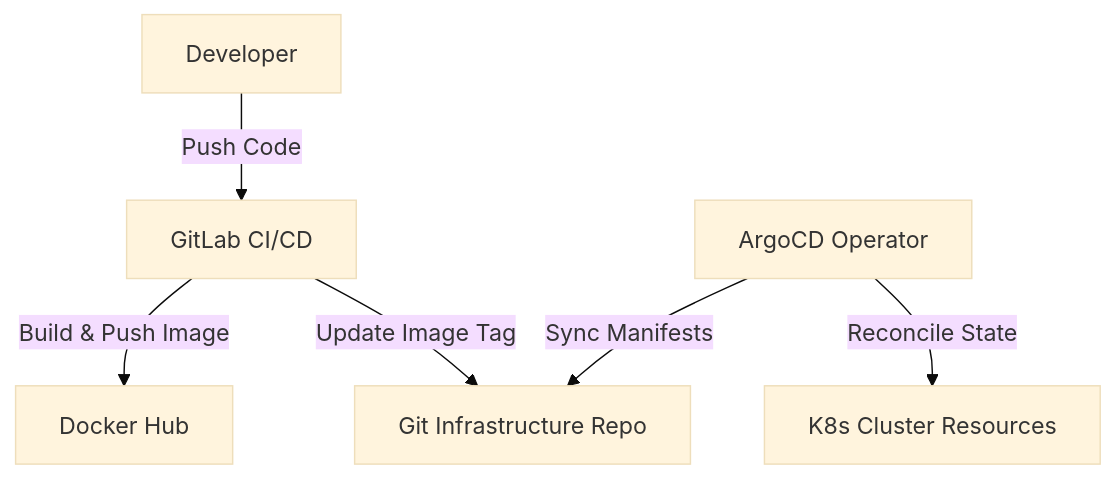
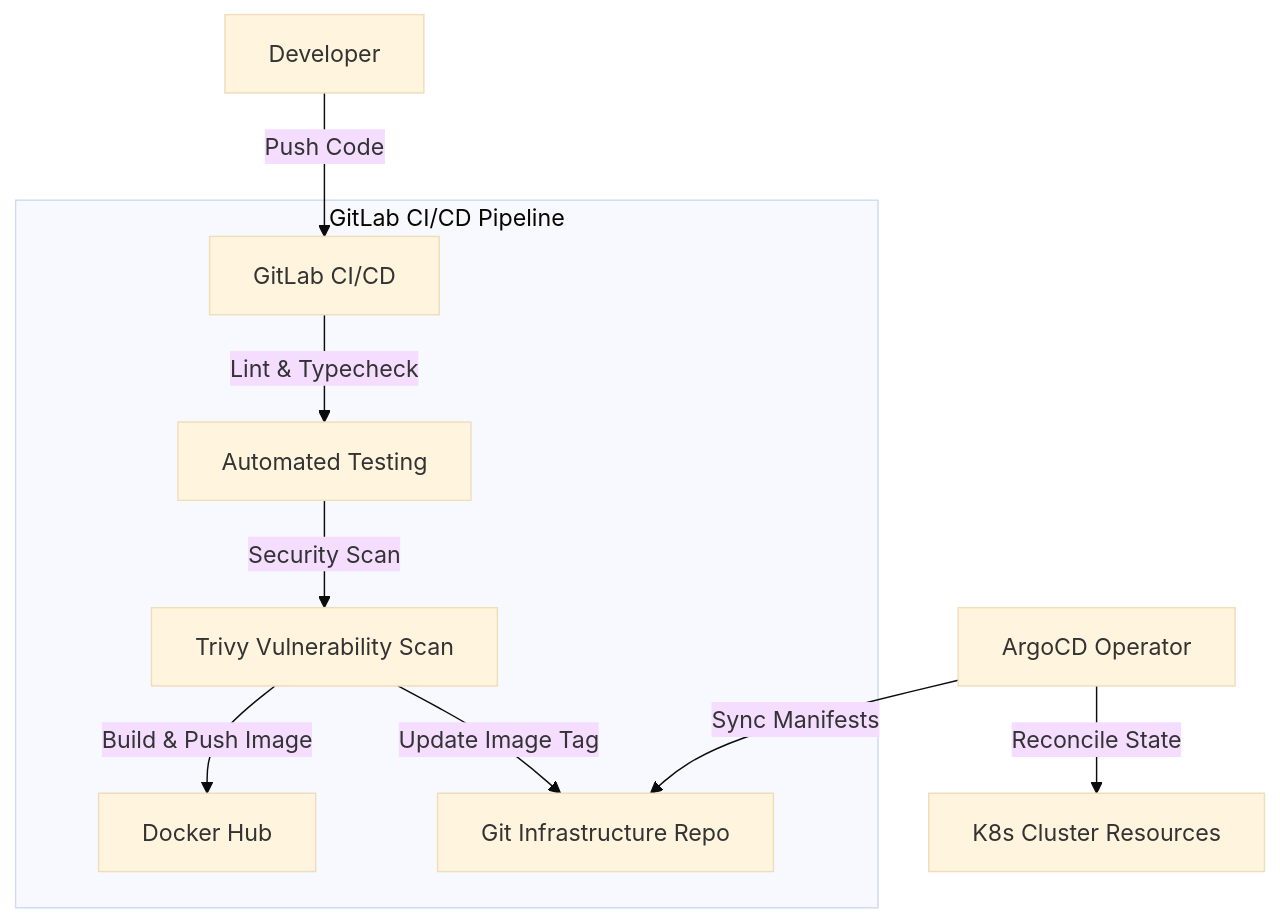
Before and after one commit to luudinhmac/myweb-profile-blog: the first of 2 diagrams in README.md, drawn with Mermaid (base theme).

Commit message:
docs(readme): add test and security scan stages to GitOps pipeline diagram

````diff
--- a/README.md
+++ b/README.md
@@ -24,8 +24,12 @@
 ```mermaid
 graph TD
     Dev[Developer] -->|Push Code| GitLab[GitLab CI/CD]
-    GitLab -->|Build & Push Image| DockerHub[Docker Hub]
-    GitLab -->|Update Image Tag| GitInfra[Git Infrastructure Repo]
+    subgraph GitLab CI/CD Pipeline
+        GitLab -->|Lint & Typecheck| Test[Automated Testing]
+        Test -->|Security Scan| Scan[Trivy Vulnerability Scan]
+        Scan -->|Build & Push Image| DockerHub[Docker Hub]
+        Scan -->|Update Image Tag| GitInfra[Git Infrastructure Repo]
+    end
     ArgoCD[ArgoCD Operator] -->|Sync Manifests| GitInfra
     ArgoCD -->|Reconcile State| K8sCluster[K8s Cluster Resources]
 ```
````
